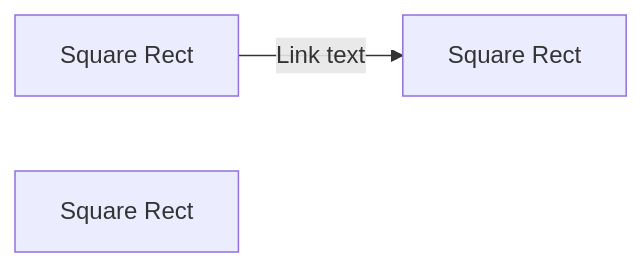
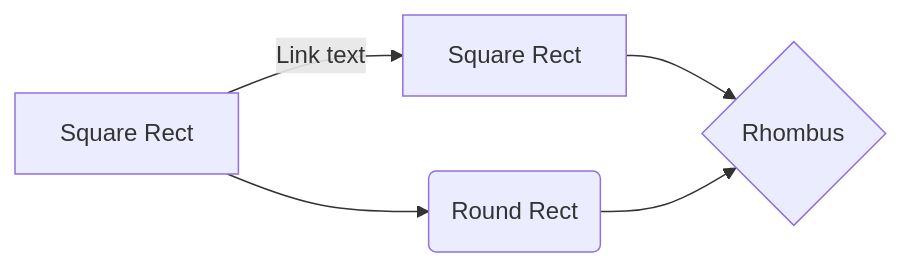
The diagram in README.md (ParisaMousavi/AutomotiveFunctionalSafetyCompliance), drawn with Mermaid before and after one commit. The commit also changed other lines of this file, not shown here.

Commit message:
Uploaded by https://stackedit.io/

````diff
--- a/README.md
+++ b/README.md
@@ -4,6 +4,9 @@
 ```mermaid
 graph LR
 A[Square Rect] -- Link text --> 
 B[Square Rect]
-C[Square Rect]
+
+A --> C(Round Rect)
+B --> D{Rhombus}
+C --> D
 ```
````
